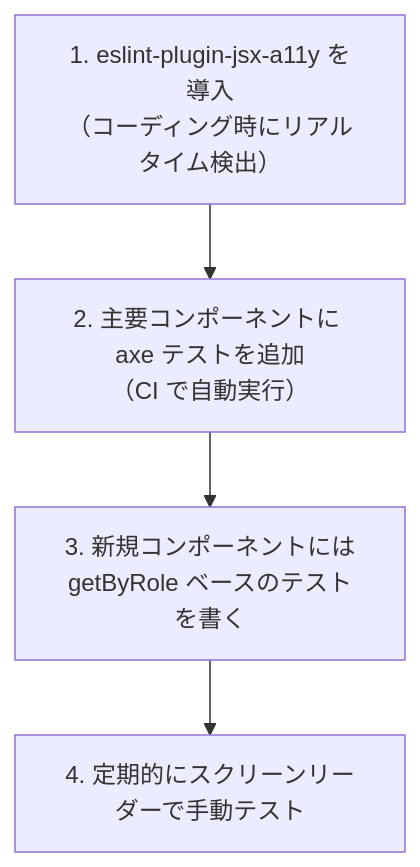
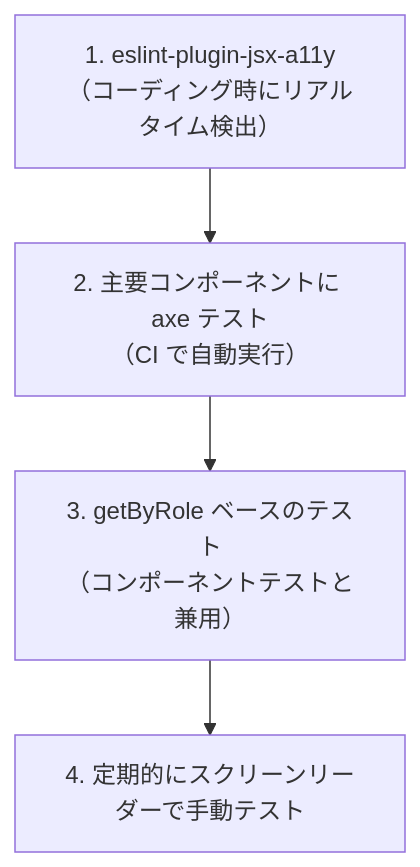
Before and after one commit to ozaki25/web-front-training-ozaki25: the second of 2 diagrams in docs/lessons/day45/index.md, drawn with Mermaid. The commit also changed other lines of this file and 2 other files, not shown here.

````diff
--- a/docs/lessons/day45/index.md
+++ b/docs/lessons/day45/index.md
@@ -228,6 +147,6 @@
 ```mermaid
 flowchart TD
-    A["1. eslint-plugin-jsx-a11y を導入\n（コーディング時にリアルタイム検出）"] --> B["2. 主要コンポーネントに axe テストを追加\n（CI で自動実行）"]
-    B --> C["3. 新規コンポーネントには\ngetByRole ベースのテストを書く"]
+    A["1. eslint-plugin-jsx-a11y\n（コーディング時にリアルタイム検出）"] --> B["2. 主要コンポーネントに axe テスト\n（CI で自動実行）"]
+    B --> C["3. getByRole ベースのテスト\n（コンポーネントテストと兼用）"]
     C --> D["4. 定期的にスクリーンリーダーで手動テスト"]
 ```
````
